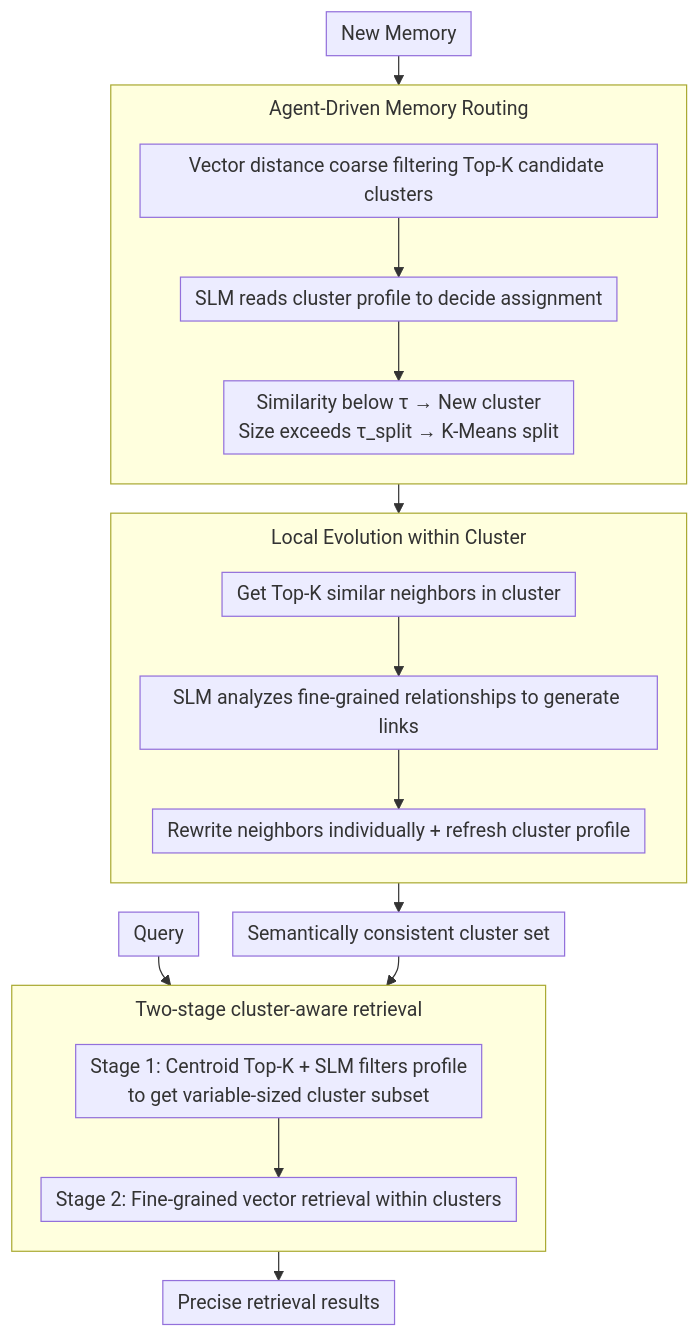
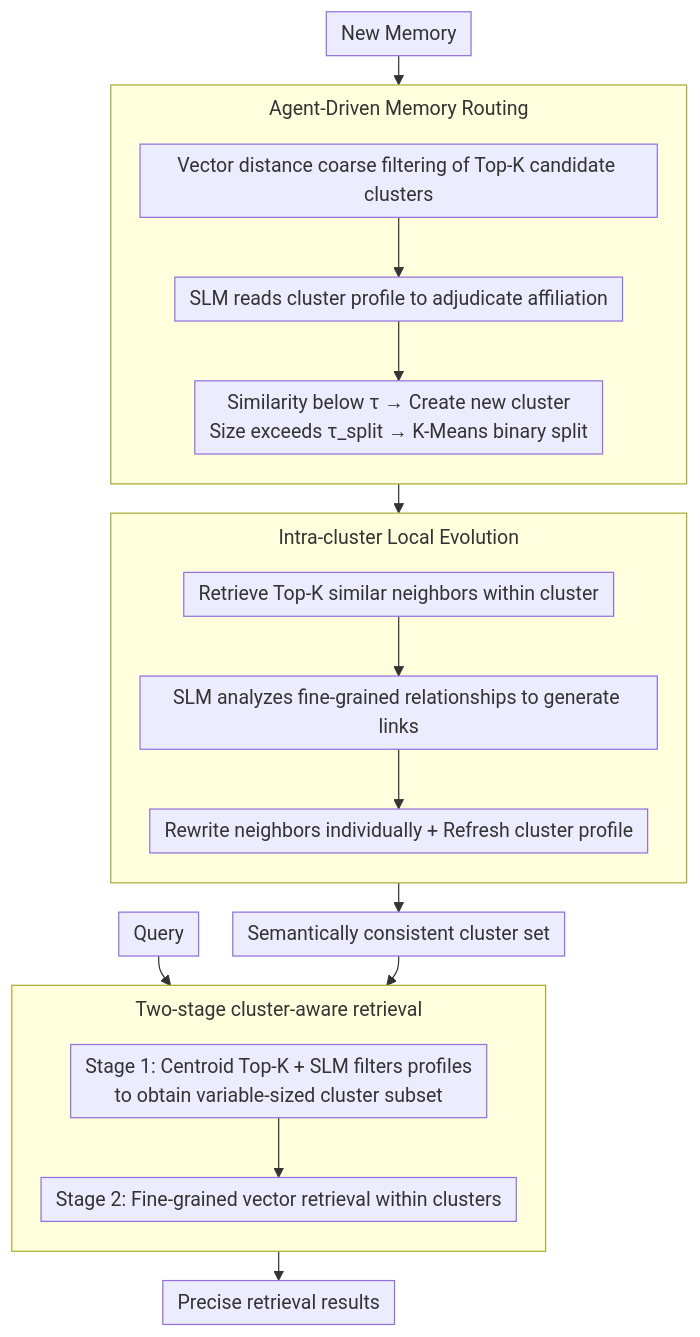
The diagram in docs/ACL2026/llm_agent/clag_adaptive_memory_organization_via_agent-driven_clustering_for_small_language.md (zhaoyang97/Paper-Notes-en), drawn with Mermaid before and after one commit. The commit also changed other lines of this file and 5084 other files, not shown here.

````diff
--- a/docs/ACL2026/llm_agent/clag_adaptive_memory_organization_via_agent-driven_clustering_for_small_language.md
+++ b/docs/ACL2026/llm_agent/clag_adaptive_memory_organization_via_agent-driven_clustering_for_small_language.md
@@ -42,24 +42,24 @@
 ```mermaid
 %%{init: {'flowchart': {'rankSpacing': 24, 'nodeSpacing': 28, 'padding': 6, 'wrappingWidth': 400, 'subGraphTitleMargin': {'top': 8, 'bottom': 16}}}}%%
 flowchart TD
     NEW["New Memory"] --> ROUTE
     subgraph ROUTE["Agent-Driven Memory Routing"]
         direction TB
-        R1["Vector distance coarse filtering Top-K candidate clusters"] --> R2["SLM reads cluster profile to decide assignment"]
-        R2 --> R3["Similarity below τ → New cluster<br/>Size exceeds τ_split → K-Means split"]
+        R1["Vector distance coarse filtering of Top-K candidate clusters"] --> R2["SLM reads cluster profile to adjudicate affiliation"]
+        R2 --> R3["Similarity below τ → Create new cluster<br/>Size exceeds τ_split → K-Means binary split"]
     end
     ROUTE --> EVO
-    subgraph EVO["Local Evolution within Cluster"]
+    subgraph EVO["Intra-cluster Local Evolution"]
         direction TB
-        E1["Get Top-K similar neighbors in cluster"] --> E2["SLM analyzes fine-grained relationships to generate links"]
-        E2 --> E3["Rewrite neighbors individually + refresh cluster profile"]
+        E1["Retrieve Top-K similar neighbors within cluster"] --> E2["SLM analyzes fine-grained relationships to generate links"]
+        E2 --> E3["Rewrite neighbors individually + Refresh cluster profile"]
     end
     EVO --> POOL["Semantically consistent cluster set"]
     Q["Query"] --> RET
     subgraph RET["Two-stage cluster-aware retrieval"]
         direction TB
-        S1["Stage 1: Centroid Top-K + SLM filters profile<br/>to get variable-sized cluster subset"] --> S2["Stage 2: Fine-grained vector retrieval within clusters"]
+        S1["Stage 1: Centroid Top-K + SLM filters profiles<br/>to obtain variable-sized cluster subset"] --> S2["Stage 2: Fine-grained vector retrieval within clusters"]
     end
     POOL --> RET
     RET --> OUT["Precise retrieval results"]
 ```
````
